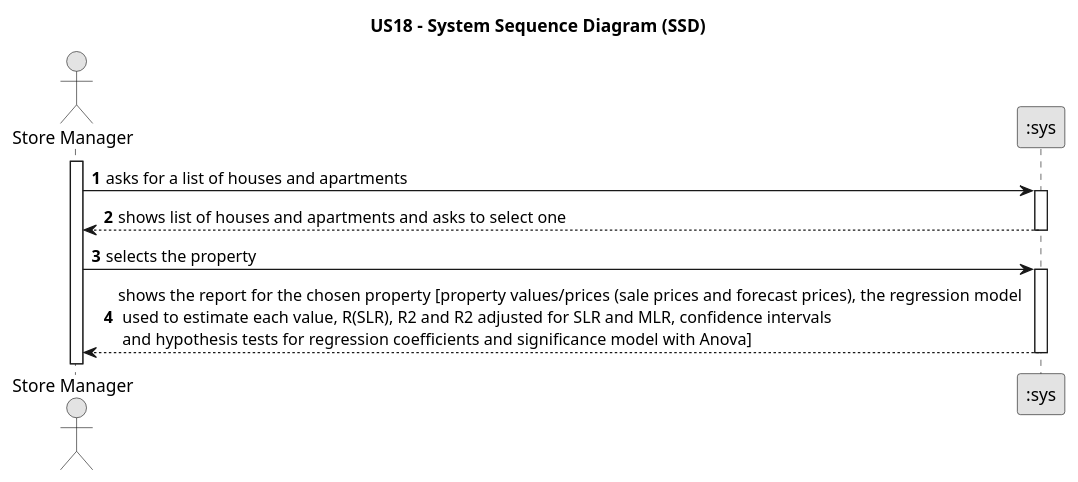
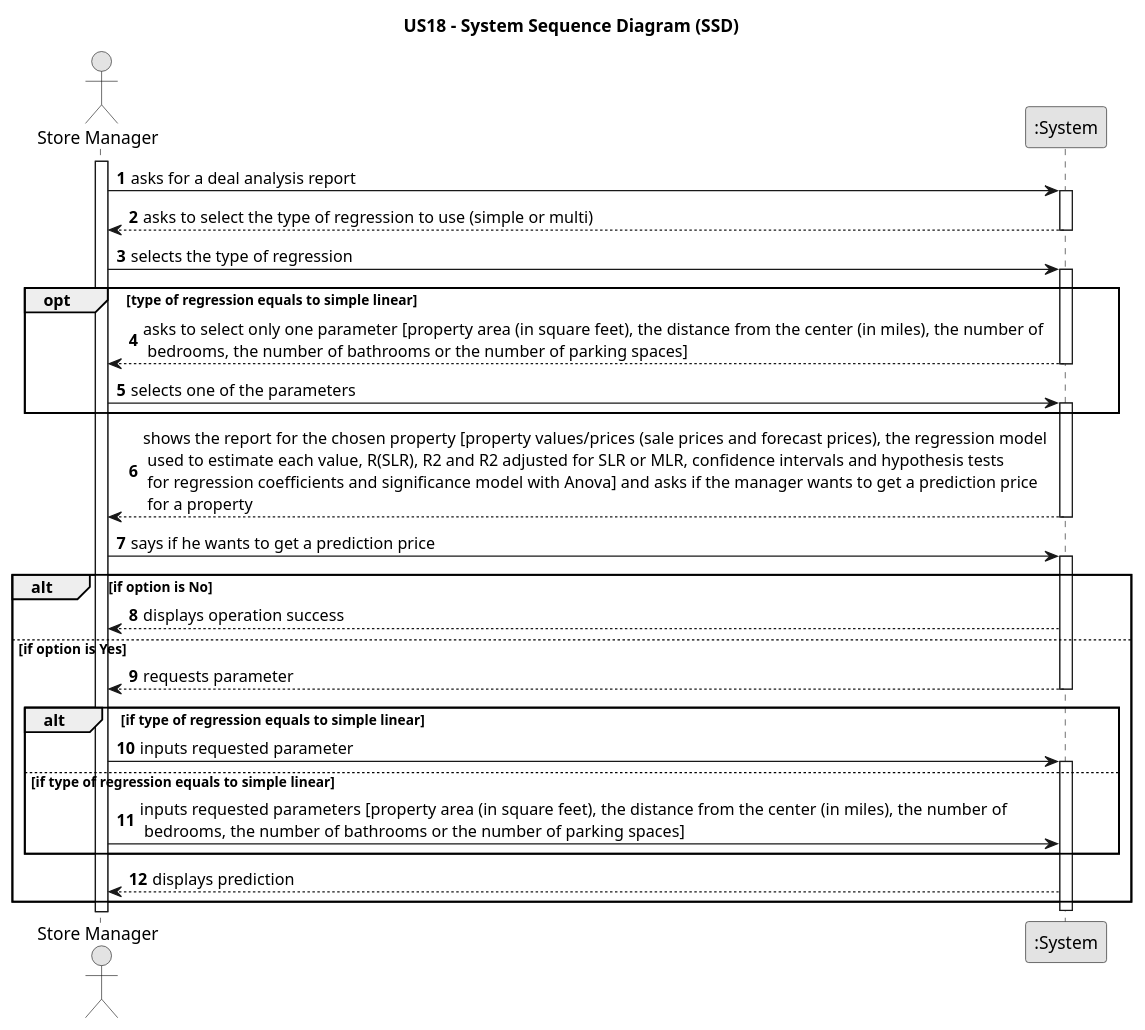
One commit to PureNimble/ISEP-LAPR2 changed the diagram in docs/sprintD/US018/01.requirements-engineering/puml/us18-system-sequence-diagram.puml. Above: the diagram before and after it, drawn with PlantUML. The commit also changed 42 other files, not shown here.

Commit message:
Updated diagrams for US11, US02(refinement) and US18

```diff
--- a/docs/sprintD/US018/01.requirements-engineering/puml/us18-system-sequence-diagram.puml
+++ b/docs/sprintD/US018/01.requirements-engineering/puml/us18-system-sequence-diagram.puml
@@ -1,27 +1,53 @@
 @startuml
 skinparam monochrome true
 skinparam packageStyle rectangle
 skinparam shadowing false
 
 title US18 - System Sequence Diagram (SSD)
 
 autonumber
 
 actor "Store Manager" as manager
-participant ":sys" as sys
+participant ":System" as sys
 
 activate manager
 
-    manager -> sys : asks for a list of houses and apartments 
+    manager -> sys : asks for a deal analysis report
     activate sys
 
-        sys --> manager : shows list of houses and apartments and asks to select one
+        sys --> manager : asks to select the type of regression to use (simple or multi)
     deactivate sys
 
-    manager -> sys : selects the property
+    manager -> sys : selects the type of regression
     activate sys
 
-        sys --> manager : shows the report for the chosen property [property values/prices (sale prices and forecast prices), the regression model \n used to estimate each value, R(SLR), R2 and R2 adjusted for SLR and MLR, confidence intervals \n and hypothesis tests for regression coefficients and significance model with Anova]
+    opt type of regression equals to simple linear
+        
+        sys --> manager : asks to select only one parameter [property area (in square feet), the distance from the center (in miles), the number of \n bedrooms, the number of bathrooms or the number of parking spaces]
         deactivate sys
 
+        manager -> sys : selects one of the parameters
+        activate sys
+    end
+    sys --> manager : shows the report for the chosen property [property values/prices (sale prices and forecast prices), the regression model \n used to estimate each value, R(SLR), R2 and R2 adjusted for SLR or MLR, confidence intervals and hypothesis tests\n for regression coefficients and significance model with Anova] and asks if the manager wants to get a prediction price\n for a property
+    deactivate sys
+    manager -> sys : says if he wants to get a prediction price
+    activate sys
+    alt if option is No 
+        sys --> manager : displays operation success
+    else if option is Yes
+    sys --> manager : requests parameter
+    alt if type of regression equals to simple linear
+            deactivate sys
+            manager -> sys : inputs requested parameter
+            activate sys
+
+    else if type of regression equals to simple linear
+                     manager -> sys : inputs requested parameters [property area (in square feet), the distance from the center (in miles), the number of \n bedrooms, the number of bathrooms or the number of parking spaces]
+    end
+        sys --> manager : displays prediction
+end
+deactivate sys
+
+
 @enduml
```
